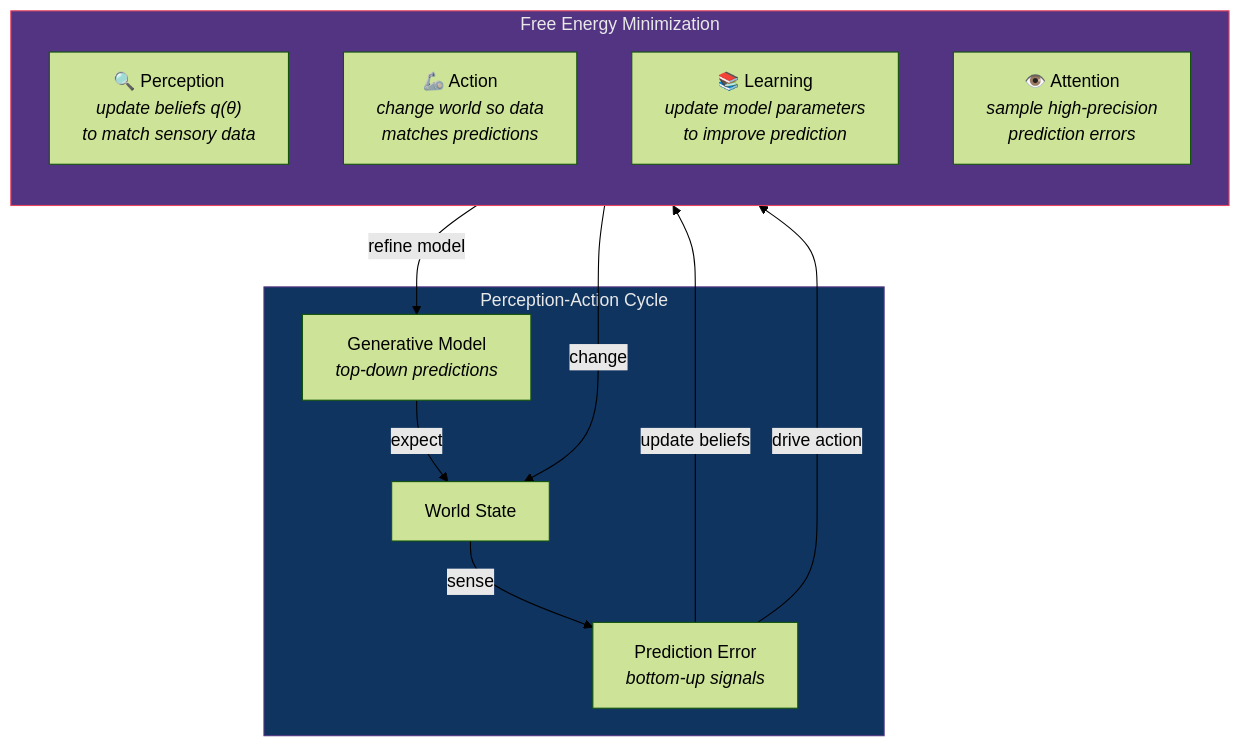
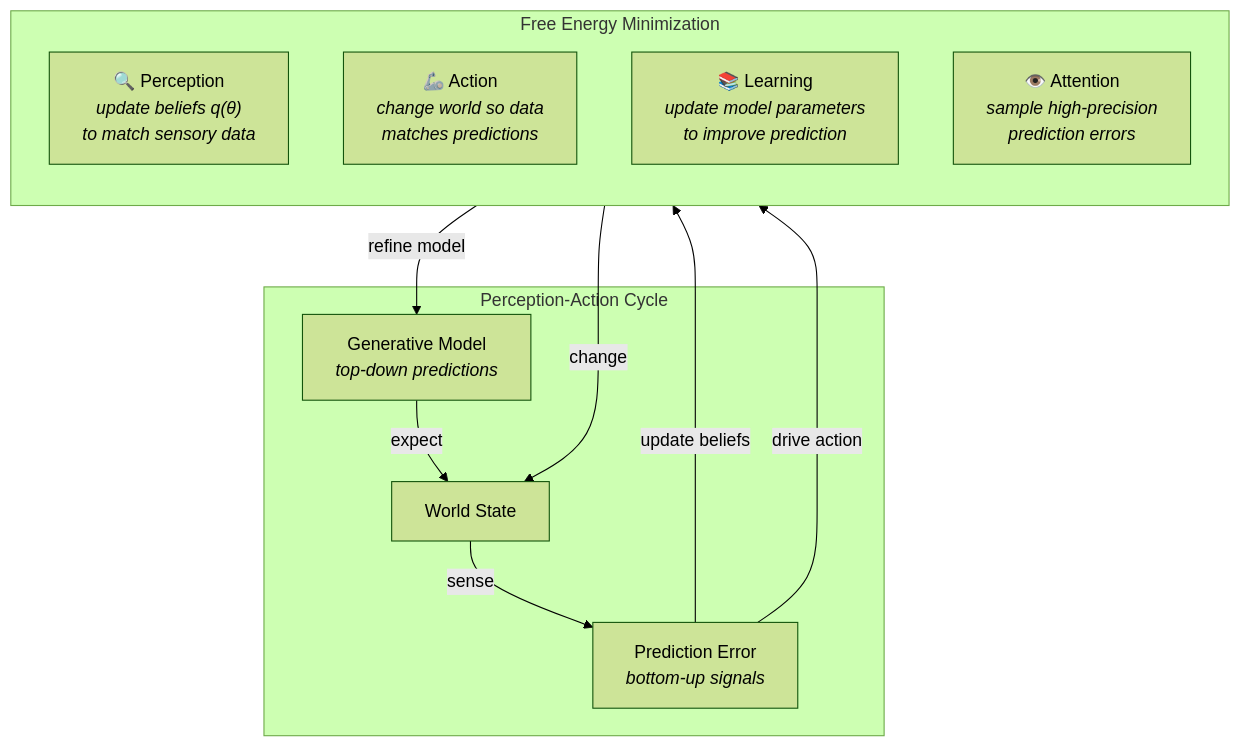
The first of 2 diagrams in docs/bio/free_energy.md (docxology/codomyrmex), drawn with Mermaid (forest theme) before and after one commit. The commit also changed other lines of this file and 86 other files, not shown here.

````diff
--- a/docs/bio/free_energy.md
+++ b/docs/bio/free_energy.md
@@ -21,26 +21,23 @@
 ```mermaid
 graph TB
     subgraph FEP["Free Energy Minimization"]
         direction TB
         PERCEPT["🔍 Perception<br/><i>update beliefs q(θ)<br/>to match sensory data</i>"]
         ACTION["🦾 Action<br/><i>change world so data<br/>matches predictions</i>"]
         LEARNING["📚 Learning<br/><i>update model parameters<br/>to improve prediction</i>"]
         ATTENTION["👁️ Attention<br/><i>sample high-precision<br/>prediction errors</i>"]
     end
 
     subgraph LOOP["Perception-Action Cycle"]
         PREDICT["Generative Model<br/><i>top-down predictions</i>"]
         ERROR["Prediction Error<br/><i>bottom-up signals</i>"]
         WORLD["World State"]
     end
 
     PREDICT -->|"expect"| WORLD
     WORLD -->|"sense"| ERROR
     ERROR -->|"update beliefs"| PERCEPT
     PERCEPT -->|"refine model"| PREDICT
     ERROR -->|"drive action"| ACTION
     ACTION -->|"change"| WORLD
-
-    style FEP fill:#533483,stroke:#e94560,color:#e8e8e8
-    style LOOP fill:#0f3460,stroke:#533483,color:#e8e8e8
 ```
````
